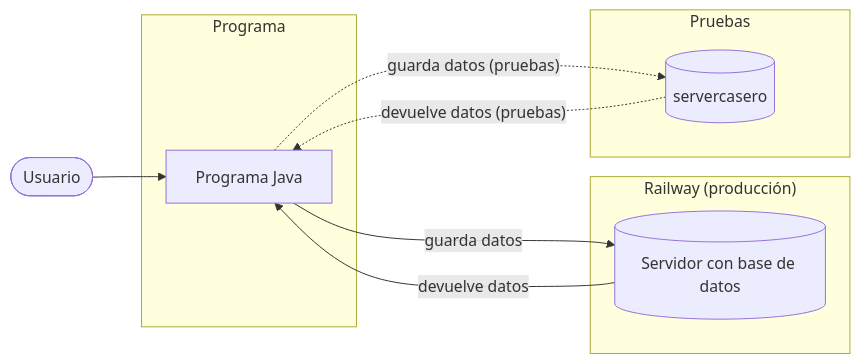
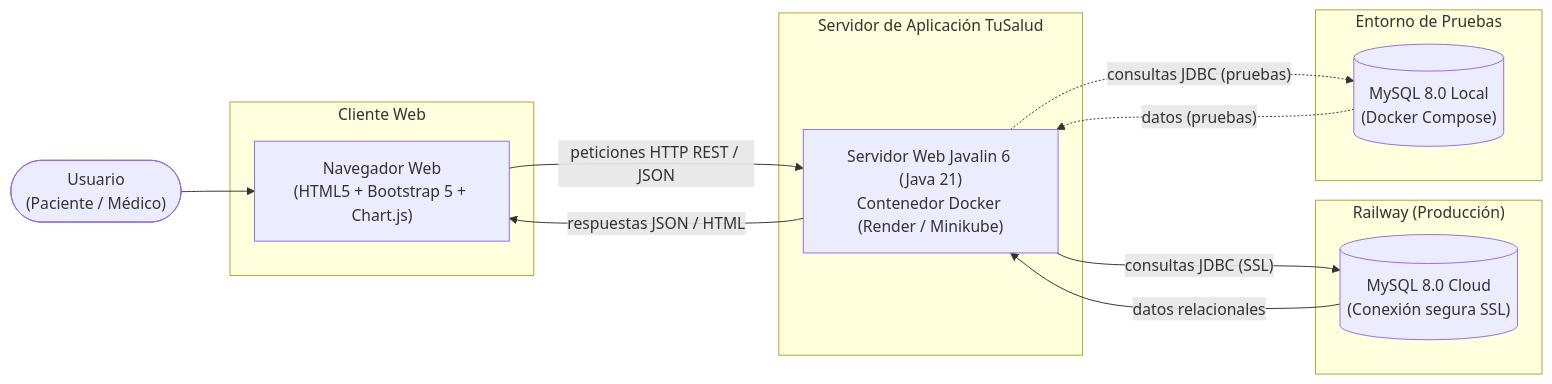
Before and after one commit to vcssoff/TuSalud: the first of 2 diagrams in Docs/Diagrama_BD_Infra.md, drawn with Mermaid. The commit also changed other lines of this file and 8 other files, not shown here.

````diff
--- a/Docs/Diagrama_BD_Infra.md
+++ b/Docs/Diagrama_BD_Infra.md
@@ -3,22 +3,28 @@
 ```mermaid
 flowchart LR
-    Usuario(["Usuario"])
+    Usuario(["Usuario\n(Paciente / Médico)"])
 
-    subgraph PC["Programa"]
-        Programa["Programa Java"]
+    subgraph Cliente["Cliente Web"]
+        Navegador["Navegador Web\n(HTML5 + Bootstrap 5 + Chart.js)"]
     end
 
-    subgraph Railway["Railway (producción)"]
-        Servidor[("Servidor con base de datos")]
+    subgraph AppServer["Servidor de Aplicación TuSalud"]
+        Javalin["Servidor Web Javalin 6 (Java 21)\nContenedor Docker (Render / Minikube)"]
     end
 
-    subgraph Casero["Pruebas"]
-        ServerCasero[("servercasero")]
+    subgraph Railway["Railway (Producción)"]
+        Servidor[("MySQL 8.0 Cloud\n(Conexión segura SSL)")]
     end
 
-    Usuario --> Programa
-    Programa -->|"guarda datos"| Servidor
-    Servidor -->|"devuelve datos"| Programa
-    Programa -.->|"guarda datos (pruebas)"| ServerCasero
-    ServerCasero -.->|"devuelve datos (pruebas)"| Programa
+    subgraph Local["Entorno de Pruebas"]
+        ServerLocal[("MySQL 8.0 Local\n(Docker Compose)")]
+    end
+
+    Usuario --> Navegador
+    Navegador -->|"peticiones HTTP REST / JSON"| Javalin
+    Javalin -->|"consultas JDBC (SSL)"| Servidor
+    Servidor -->|"datos relacionales"| Javalin
+    Javalin -.->|"consultas JDBC (pruebas)"| ServerLocal
+    ServerLocal -.->|"datos (pruebas)"| Javalin
+    Javalin -->|"respuestas JSON / HTML"| Navegador
 ```
````
